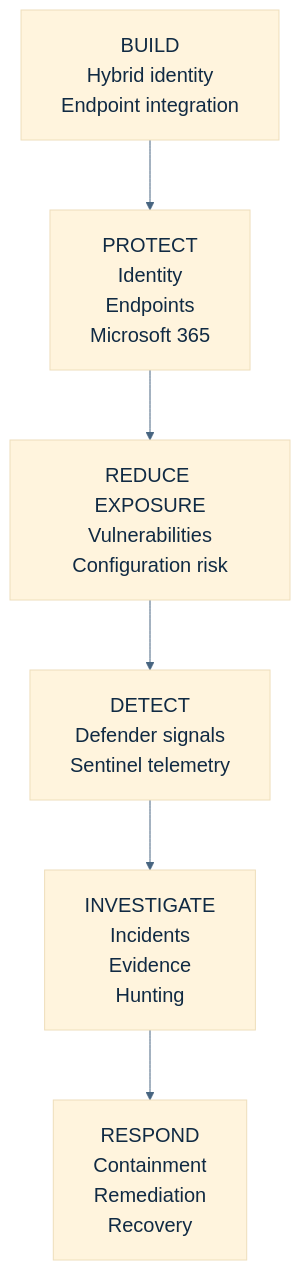
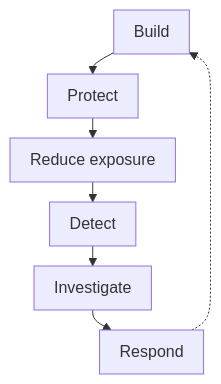
One commit to yaroslavzhukovski/microsoft-hybrid-security-platform changed the second of 2 diagrams in docs/architecture/executive-architecture.md. Above: the diagram before and after it, drawn with Mermaid. The commit also changed other lines of this file and 3 other files, not shown here.

Commit message:
Update architecture documentation and diagrams

````diff
--- a/docs/architecture/executive-architecture.md
+++ b/docs/architecture/executive-architecture.md
@@ -126,18 +119,10 @@
 ```mermaid
-%%{init: {"theme": "base", "themeVariables": {"fontSize": "20px", "fontFamily": "Arial, sans-serif", "primaryTextColor": "#102A43", "lineColor": "#486581"}, "flowchart": {"nodeSpacing": 50, "rankSpacing": 70, "padding": 20}}}%%
+%%{init: {"flowchart": {"rankSpacing": 20, "padding": 10}}}%%
 flowchart TB
-
-    BUILD["BUILD<br/>Hybrid identity<br/>Endpoint integration"]
-
-    PROTECT["PROTECT<br/>Identity<br/>Endpoints<br/>Microsoft 365"]
-
-    REDUCE["REDUCE EXPOSURE<br/>Vulnerabilities<br/>Configuration risk"]
-
-    DETECT["DETECT<br/>Defender signals<br/>Sentinel telemetry"]
-
-    INVESTIGATE["INVESTIGATE<br/>Incidents<br/>Evidence<br/>Hunting"]
-
-    RESPOND["RESPOND<br/>Containment<br/>Remediation<br/>Recovery"]
-
-    BUILD --> PROTECT --> REDUCE --> DETECT --> INVESTIGATE --> RESPOND
+    BUILD["Build"] --> PROTECT["Protect"]
+    PROTECT --> REDUCE["Reduce exposure"]
+    REDUCE --> DETECT["Detect"]
+    DETECT --> INVESTIGATE["Investigate"]
+    INVESTIGATE --> RESPOND["Respond"]
+    RESPOND -.-> BUILD
 ```
````
